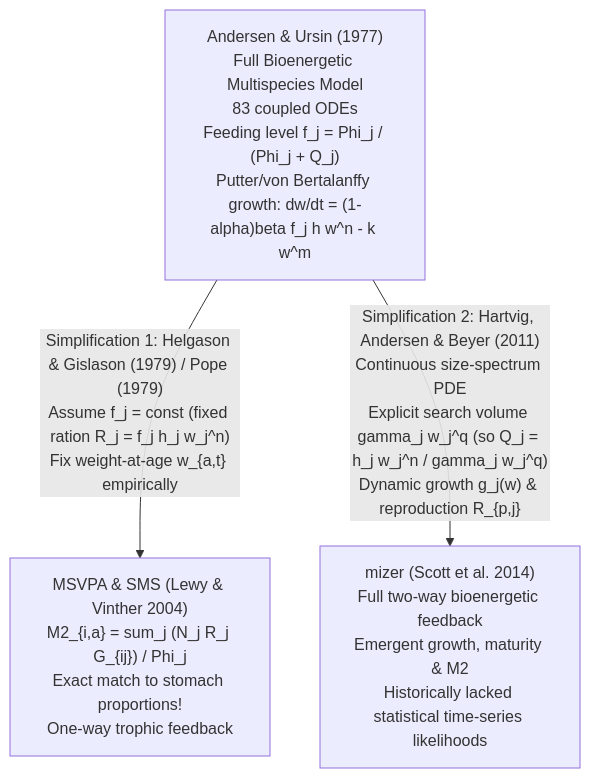
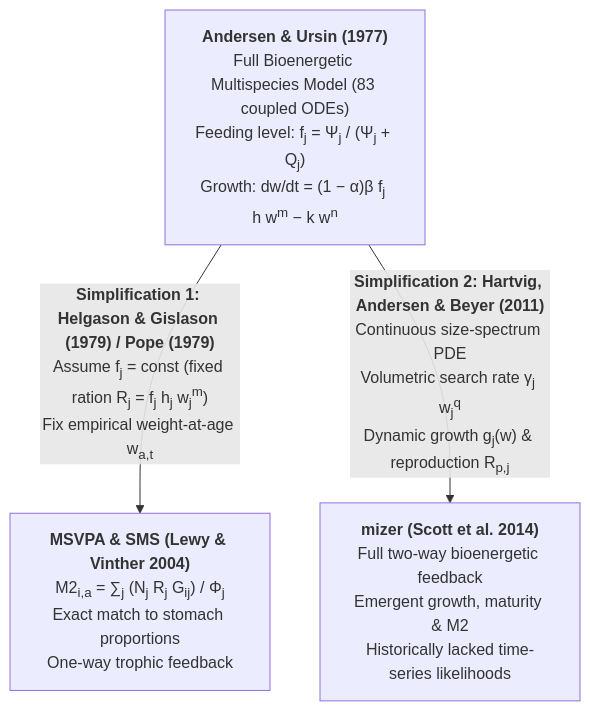
One commit to gustavdelius/multispecies_stock_assessment changed the second of 2 diagrams in 01_taxonomy_and_foundations.md. Above: the diagram before and after it, drawn with Mermaid. The commit also changed other lines of this file and 14 other files, not shown here.

Commit message:
Fix Mermaid diagram and list rendering in Quarto HTML output

````diff
--- a/01_taxonomy_and_foundations.md
+++ b/01_taxonomy_and_foundations.md
@@ -123,6 +123,6 @@
 ```mermaid
 flowchart TD
-    AU["Andersen & Ursin (1977)\nFull Bioenergetic Multispecies Model\n83 coupled ODEs\nFeeding level f_j = Phi_j / (Phi_j + Q_j)\nPutter/von Bertalanffy growth: dw/dt = (1-alpha)beta f_j h w^n - k w^m"]
-    AU -->|"Simplification 1: Helgason & Gislason (1979) / Pope (1979)\nAssume f_j = const (fixed ration R_j = f_j h_j w_j^n)\nFix weight-at-age w_{a,t} empirically"| MSVPA["MSVPA & SMS (Lewy & Vinther 2004)\nM2_{i,a} = sum_j (N_j R_j G_{ij}) / Phi_j\nExact match to stomach proportions!\nOne-way trophic feedback"]
-    AU -->|"Simplification 2: Hartvig, Andersen & Beyer (2011)\nContinuous size-spectrum PDE\nExplicit search volume gamma_j w_j^q (so Q_j = h_j w_j^n / gamma_j w_j^q)\nDynamic growth g_j(w) & reproduction R_{p,j}"| MIZER["mizer (Scott et al. 2014)\nFull two-way bioenergetic feedback\nEmergent growth, maturity & M2\nHistorically lacked statistical time-series likelihoods"]
+    AU["<b>Andersen & Ursin (1977)</b><br/>Full Bioenergetic Multispecies Model (83 coupled ODEs)<br/>Feeding level: f<sub>j</sub> = Ψ<sub>j</sub> / (Ψ<sub>j</sub> + Q<sub>j</sub>)<br/>Growth: dw/dt = (1 − α)β f<sub>j</sub> h w<sup>m</sup> − k w<sup>n</sup>"]
+    AU -->|"<b>Simplification 1: Helgason & Gislason (1979) / Pope (1979)</b><br/>Assume f<sub>j</sub> = const (fixed ration R<sub>j</sub> = f<sub>j</sub> h<sub>j</sub> w<sub>j</sub><sup>m</sup>)<br/>Fix empirical weight-at-age w<sub>a,t</sub>"| MSVPA["<b>MSVPA & SMS (Lewy & Vinther 2004)</b><br/>M2<sub>i,a</sub> = ∑<sub>j</sub> (N<sub>j</sub> R<sub>j</sub> G<sub>ij</sub>) / Φ<sub>j</sub><br/>Exact match to stomach proportions<br/>One-way trophic feedback"]
+    AU -->|"<b>Simplification 2: Hartvig, Andersen & Beyer (2011)</b><br/>Continuous size-spectrum PDE<br/>Volumetric search rate γ<sub>j</sub> w<sub>j</sub><sup>q</sup><br/>Dynamic growth g<sub>j</sub>(w) & reproduction R<sub>p,j</sub>"| MIZER["<b>mizer (Scott et al. 2014)</b><br/>Full two-way bioenergetic feedback<br/>Emergent growth, maturity & M2<br/>Historically lacked time-series likelihoods"]
 ```
````
